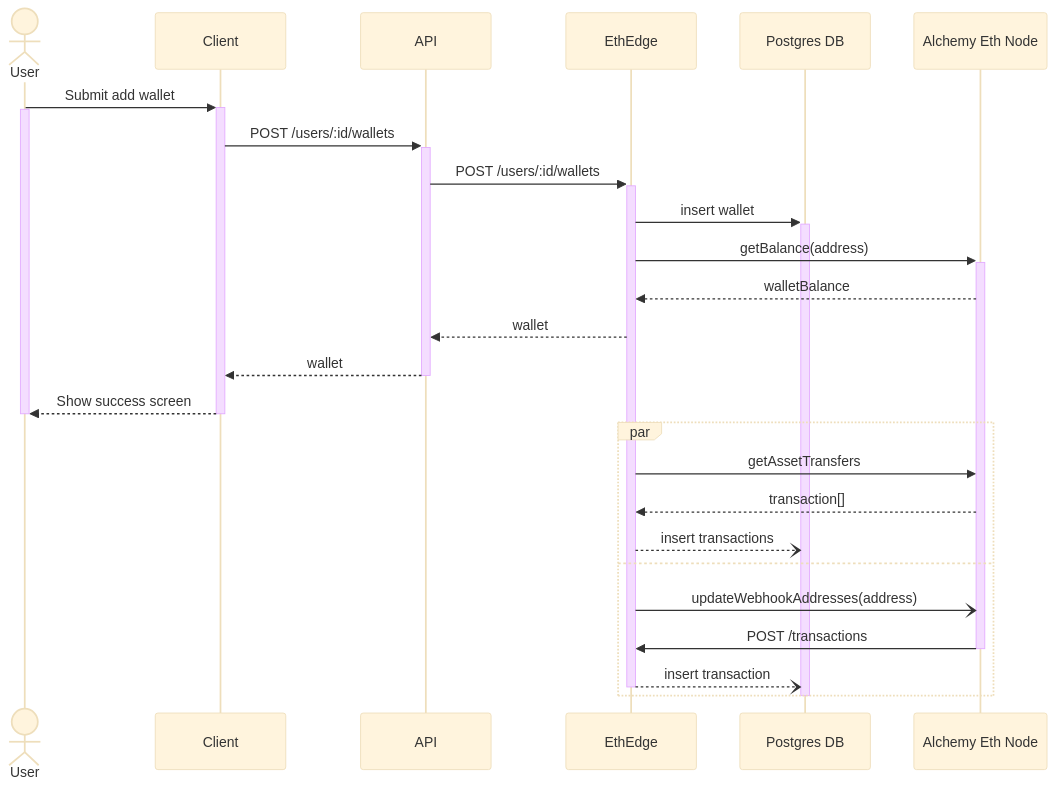
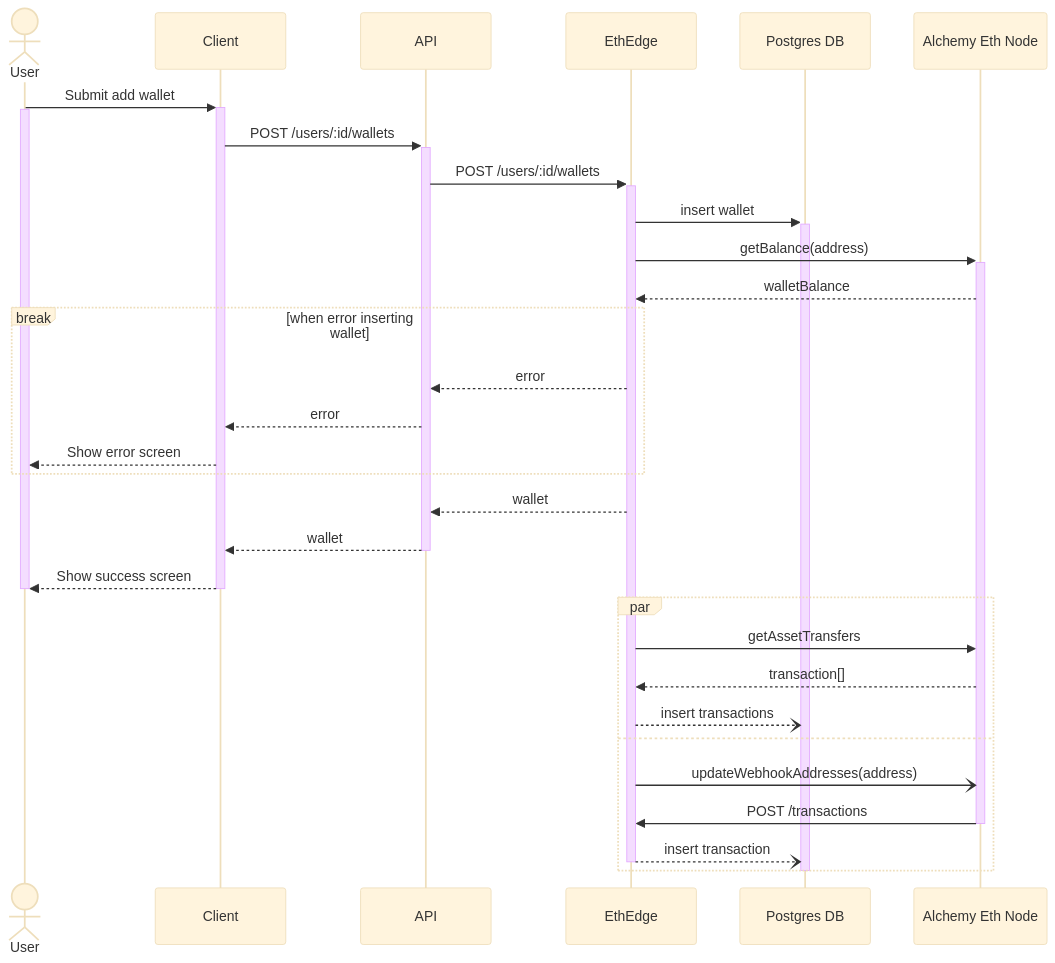
The diagram in packages/diagrams/sequence_add_wallet.md (SOEN-490-Capstone/Cryptify), drawn with Mermaid (base theme) before and after one commit. The commit also changed 2 other files, not shown here.

Commit message:
Add error sequence when db has error

````diff
--- a/packages/diagrams/sequence_add_wallet.md
+++ b/packages/diagrams/sequence_add_wallet.md
@@ -1,35 +1,41 @@
 ```mermaid
 sequenceDiagram
     actor User
     participant Client
     participant API
     participant EthEdge
     participant Postgres DB
     participant Alchemy Eth Node
     
     User->>+Client: Submit add wallet
     activate User
     Client->>+API: POST /users/:id/wallets
     API->>+EthEdge: POST /users/:id/wallets
     EthEdge->>+Postgres DB: insert wallet
     
     EthEdge->>+Alchemy Eth Node: getBalance(address)
     Alchemy Eth Node-->>EthEdge: walletBalance
     
+    break when error inserting wallet
+        EthEdge-->>API: error
+        API-->>Client: error
+        Client-->>User: Show error screen
+    end
+    
     EthEdge-->>API: wallet
     API-->>-Client: wallet
     Client-->>-User: Show success screen
     deactivate User
     
     par
         EthEdge->>Alchemy Eth Node: getAssetTransfers
         Alchemy Eth Node-->>EthEdge: transaction[]
         EthEdge--)Postgres DB: insert transactions
     and
         EthEdge-)Alchemy Eth Node: updateWebhookAddresses(address)
         Alchemy Eth Node->>-EthEdge: POST /transactions
         EthEdge--)-Postgres DB: insert transaction
     end
     
     deactivate Postgres DB
 ```
````
